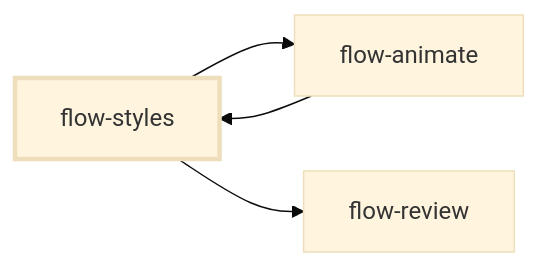
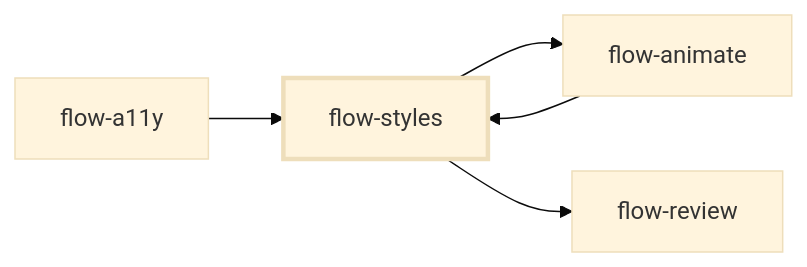
The diagram in docs/skills/flow-styles.md (emiliodominguez/flow-skills), drawn with Mermaid (base theme) before and after one commit. The commit also changed other lines of this file and 46 other files, not shown here.

First line of the commit message:
feat(skills): add flow-design, flow-ui, flow-redesign and flow-a11y

````diff
--- a/docs/skills/flow-styles.md
+++ b/docs/skills/flow-styles.md
@@ -9,11 +9,13 @@
 ```mermaid
 flowchart LR
   flow_styles["flow-styles"]
+  flow_a11y["flow-a11y"]
   flow_animate["flow-animate"]
   flow_review["flow-review"]
+  flow_a11y --> flow_styles
   flow_animate --> flow_styles
   flow_styles --> flow_animate
   flow_styles --> flow_review
   classDef focus stroke-width:3px
   class flow_styles focus
 ```
````
